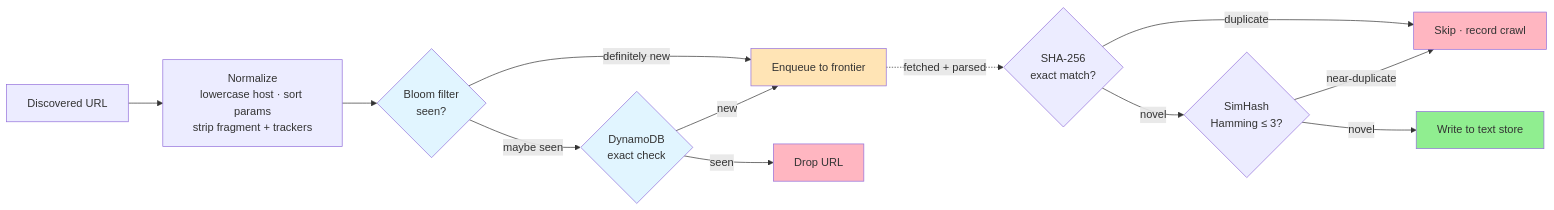
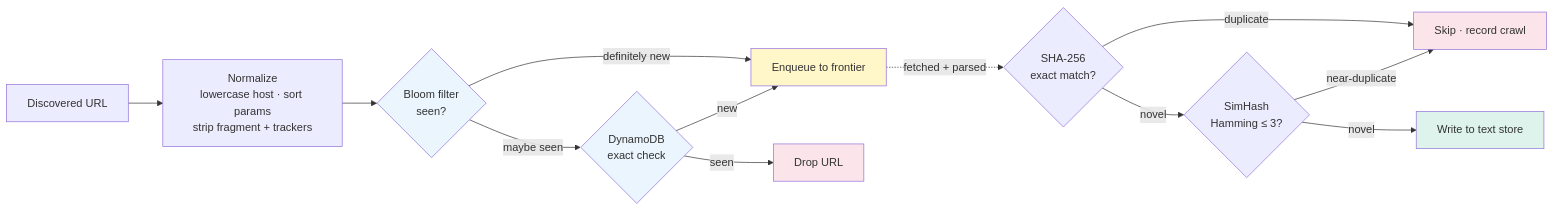
The fourth of 6 diagrams in LLD/questions/Design Web Crawler.md (cartmancodes/InterviewVault), drawn with Mermaid before and after one commit. The commit also changed other lines of this file and 679 other files, not shown here.

Commit message:
Unify content diagrams and add accessible visual walkthroughs

````diff
--- a/LLD/questions/Design Web Crawler.md
+++ b/LLD/questions/Design Web Crawler.md
@@ -272,22 +272,22 @@
 ```mermaid
 graph LR
     U[Discovered URL] --> N[Normalize<br/>lowercase host · sort params<br/>strip fragment + trackers]
     N --> BF{Bloom filter<br/>seen?}
     BF -->|definitely new| Q[Enqueue to frontier]
     BF -->|maybe seen| EX{DynamoDB<br/>exact check}
     EX -->|new| Q
     EX -->|seen| DROP1[Drop URL]
 
     Q -.fetched + parsed.-> H{SHA-256<br/>exact match?}
     H -->|duplicate| DROP2[Skip · record crawl]
     H -->|novel| SH{SimHash<br/>Hamming ≤ 3?}
     SH -->|near-duplicate| DROP2
     SH -->|novel| STORE[Write to text store]
 
-    style Q fill:#FFE4B5
-    style STORE fill:#90EE90
-    style DROP1 fill:#FFB6C1
-    style DROP2 fill:#FFB6C1
-    style BF fill:#e1f5ff
-    style EX fill:#e1f5ff
+    style Q fill:#FFF6C9
+    style STORE fill:#DDF3EC
+    style DROP1 fill:#FCE5EA
+    style DROP2 fill:#FCE5EA
+    style BF fill:#EAF5FD
+    style EX fill:#EAF5FD
 ```
````
